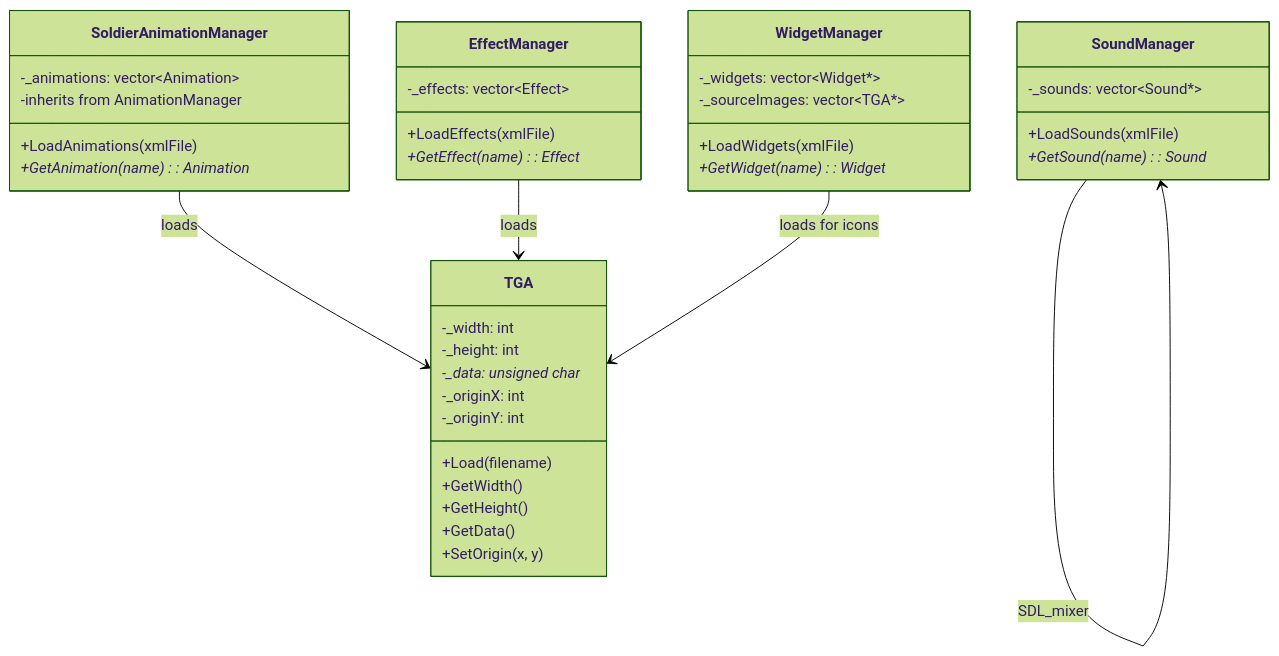
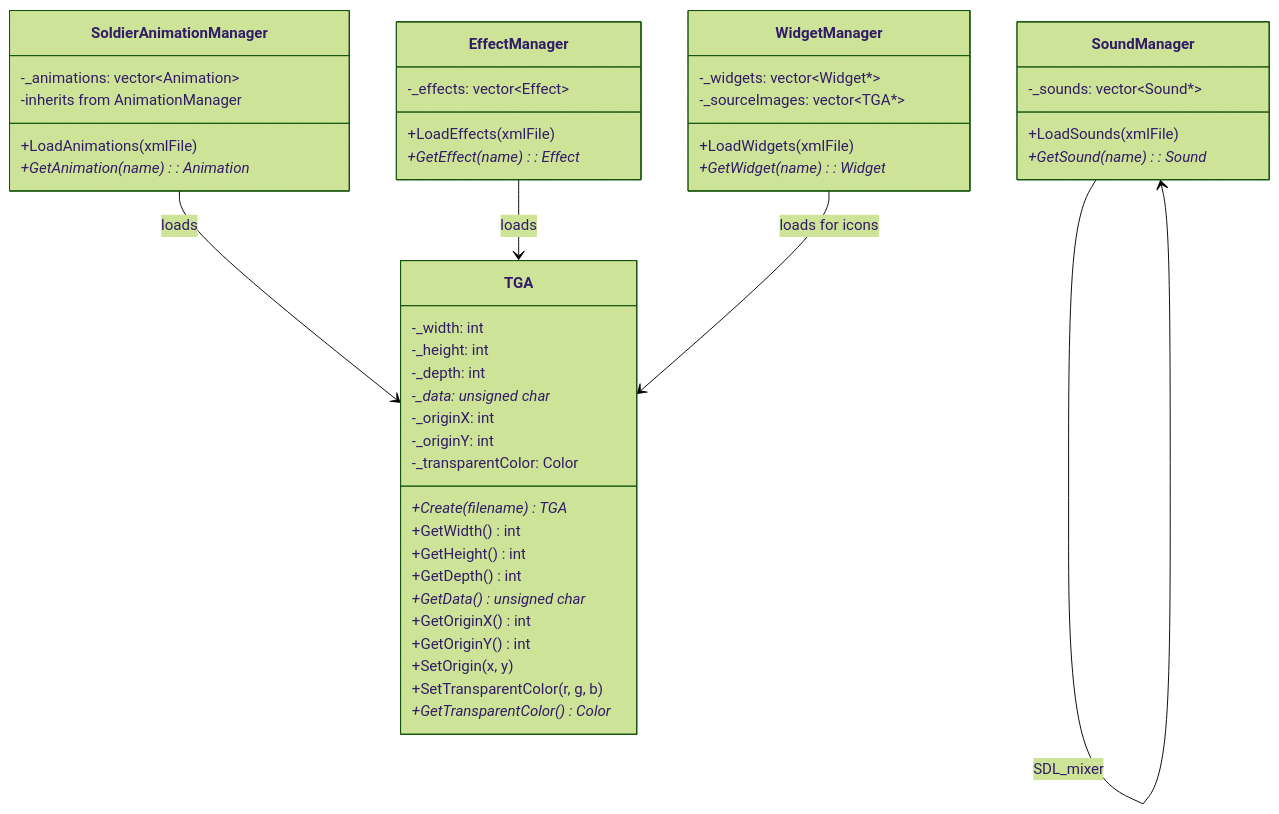
Before and after one commit to jukofyork/OpenCombat-SDL: the fourth of 4 diagrams in docs/chapters/08-assets.md, drawn with Mermaid (forest theme). The commit also changed other lines of this file and 9 other files, not shown here.

````diff
--- a/docs/chapters/08-assets.md
+++ b/docs/chapters/08-assets.md
@@ -345,46 +345,53 @@
 ```mermaid
 classDiagram
     class TGA {
-        +Load(filename)
-        +GetWidth()
-        +GetHeight()
-        +GetData()
+        +Create(filename) TGA*
+        +GetWidth() int
+        +GetHeight() int
+        +GetDepth() int
+        +GetData() unsigned char*
+        +GetOriginX() int
+        +GetOriginY() int
         +SetOrigin(x, y)
+        +SetTransparentColor(r, g, b)
+        +GetTransparentColor() Color*
         -_width: int
         -_height: int
+        -_depth: int
         -_data: unsigned char*
         -_originX: int
         -_originY: int
+        -_transparentColor: Color
     }
 
     class SoldierAnimationManager {
         +LoadAnimations(xmlFile)
         +GetAnimation(name): Animation*
         -_animations: vector~Animation~
         -inherits from AnimationManager
     }
 
     class EffectManager {
         +LoadEffects(xmlFile)
         +GetEffect(name): Effect*
         -_effects: vector~Effect~
     }
 
     class WidgetManager {
         +LoadWidgets(xmlFile)
         +GetWidget(name): Widget*
         -_widgets: vector~Widget*~
         -_sourceImages: vector~TGA*~
     }
 
     class SoundManager {
         +LoadSounds(xmlFile)
         +GetSound(name): Sound*
         -_sounds: vector~Sound*~
     }
 
     SoldierAnimationManager --> TGA : loads
     EffectManager --> TGA : loads
     WidgetManager --> TGA : loads for icons
     SoundManager --> SoundManager : SDL_mixer
 ```
````
